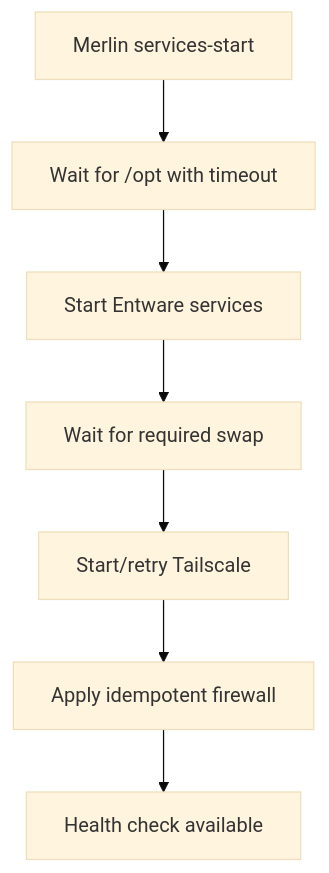
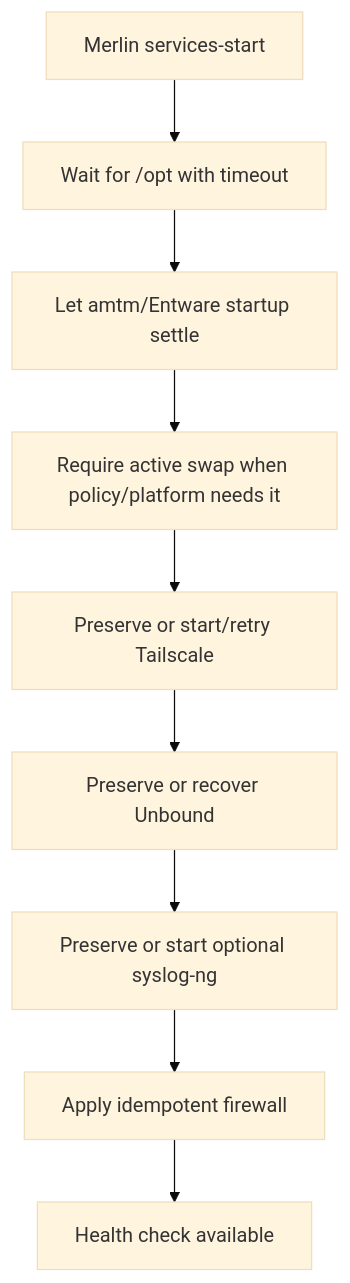
One commit to wojko6/Advanced-ASUS-Edge-Gateway-ZTNA-Infrastructure changed the third of 3 diagrams in docs/architecture.md. Above: the diagram before and after it, drawn with Mermaid (base theme). The commit also changed other lines of this file, not shown here.

Commit message:
docs: align boot architecture with service ownership

````diff
--- a/docs/architecture.md
+++ b/docs/architecture.md
@@ -54,9 +54,11 @@
 ```mermaid
 flowchart TD
     B["Merlin services-start"] --> W["Wait for /opt with timeout"]
-    W --> E["Start Entware services"]
-    E --> S["Wait for required swap"]
-    S --> T["Start/retry Tailscale"]
-    T --> F["Apply idempotent firewall"]
+    W --> A["Let amtm/Entware startup settle"]
+    A --> S["Require active swap when policy/platform needs it"]
+    S --> T["Preserve or start/retry Tailscale"]
+    T --> U["Preserve or recover Unbound"]
+    U --> L["Preserve or start optional syslog-ng"]
+    L --> F["Apply idempotent firewall"]
     F --> H["Health check available"]
 ```
````
